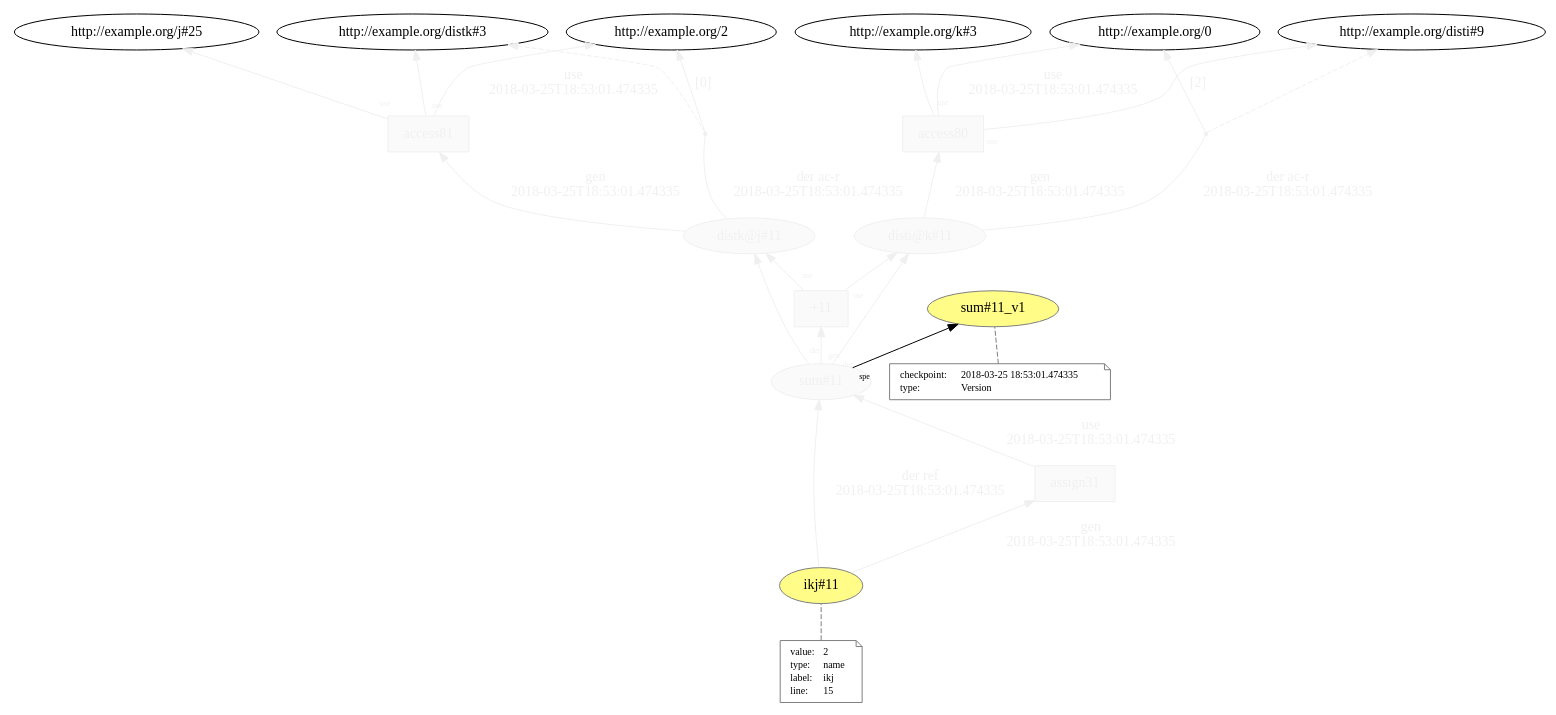
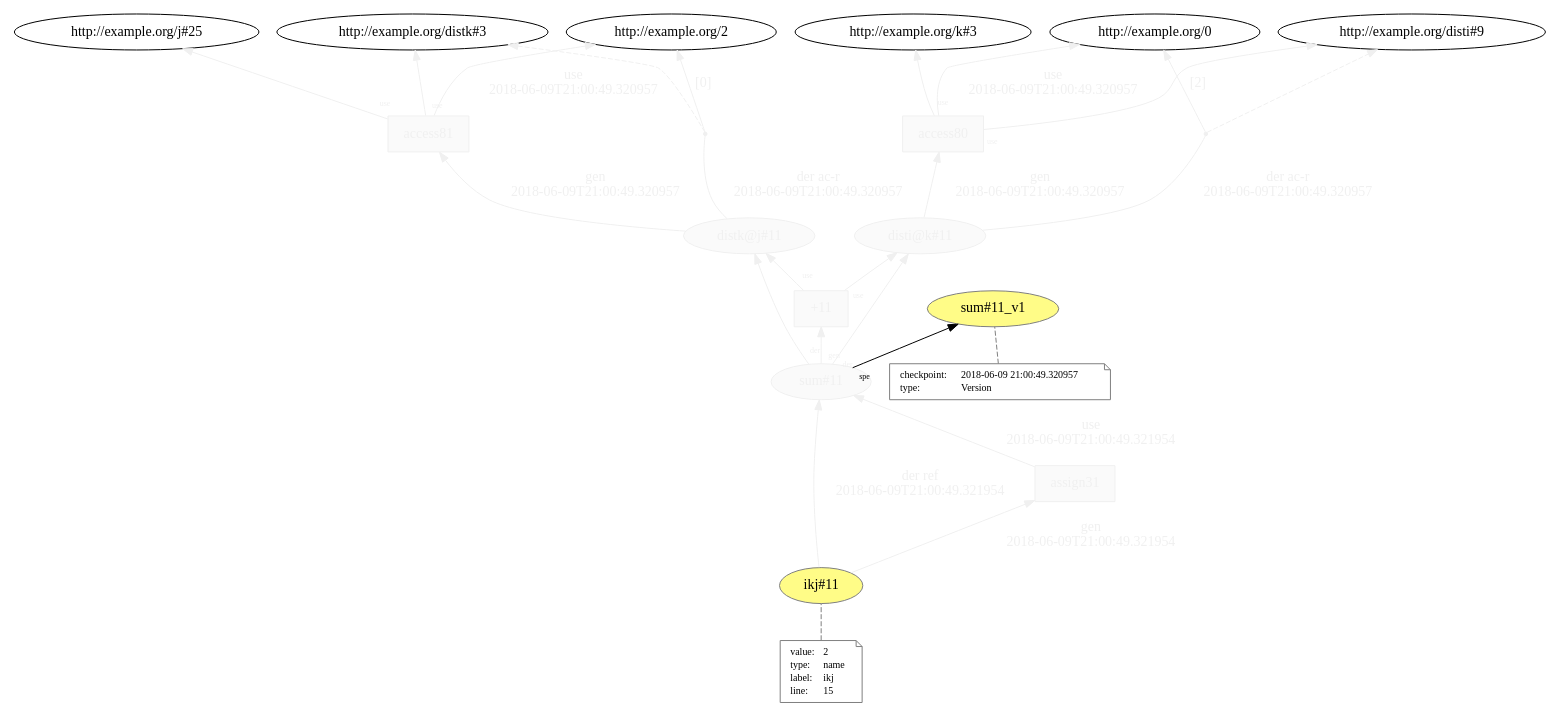
One commit to dew-uff/versioned-prov changed the diagram in generated/intertwined_prov/temp/L15__access__access__operation__assign_11.dot. Above: the diagram before and after it, drawn with Graphviz. The commit also changed 926 other files, not shown here.

```diff
--- a/generated/intertwined_prov/temp/L15__access__access__operation__assign_11.dot
+++ b/generated/intertwined_prov/temp/L15__access__access__operation__assign_11.dot
@@ -1,75 +1,75 @@
 digraph "PROV" { size="16,12"; rankdir="BT";
 "http://example.org/disti@k#11" [fillcolor="#FAFAFA",color="#F0F0F0",style="filled",fontcolor="#F0F0F0",label="disti@k#11",URL="http://example.org/disti@k#11"]
 "http://example.org/access80" [fillcolor="#FAFAFA",color="#F0F0F0",shape="polygon",sides="4",style="filled",fontcolor="#F0F0F0",label="access80",URL="http://example.org/access80"]
 "bn0" [shape="point",label="",fontcolor="#F0F0F0",color="#F0F0F0"]
 "http://example.org/disti@k#11" -> "bn0" [fontsize="14",distance="1.5",angle="60.0",rotation="20",label="der ac-r
-2018-03-25T18:53:01.474335",arrowhead="none",fontcolor="#F0F0F0",color="#F0F0F0"]
+2018-06-09T21:00:49.320957",arrowhead="none",fontcolor="#F0F0F0",color="#F0F0F0"]
 "bn0" -> "http://example.org/disti#9" [style="dashed",fontcolor="#F0F0F0",color="#F0F0F0"]
 "bn0" -> "http://example.org/0" [fontsize="14",distance="1.5",angle="60.0",rotation="20",label="[2]",fontcolor="#F0F0F0",color="#F0F0F0"]
 "http://example.org/access80" -> "http://example.org/disti#9" [labelfontsize="8",labeldistance="1.5",labelangle="60.0",rotation="20",taillabel="use",fontcolor="#F0F0F0",color="#F0F0F0"]
 "http://example.org/access80" -> "http://example.org/k#3" [labelfontsize="8",labeldistance="1.5",labelangle="60.0",rotation="20",taillabel="use",fontcolor="#F0F0F0",color="#F0F0F0"]
 "http://example.org/distk@j#11" [fillcolor="#FAFAFA",color="#F0F0F0",style="filled",fontcolor="#F0F0F0",label="distk@j#11",URL="http://example.org/distk@j#11"]
 "http://example.org/access81" [fillcolor="#FAFAFA",color="#F0F0F0",shape="polygon",sides="4",style="filled",fontcolor="#F0F0F0",label="access81",URL="http://example.org/access81"]
 "bn1" [shape="point",label="",fontcolor="#F0F0F0",color="#F0F0F0"]
 "http://example.org/distk@j#11" -> "bn1" [fontsize="14",distance="1.5",angle="60.0",rotation="20",label="der ac-r
-2018-03-25T18:53:01.474335",arrowhead="none",fontcolor="#F0F0F0",color="#F0F0F0"]
+2018-06-09T21:00:49.320957",arrowhead="none",fontcolor="#F0F0F0",color="#F0F0F0"]
 "bn1" -> "http://example.org/distk#3" [style="dashed",fontcolor="#F0F0F0",color="#F0F0F0"]
 "bn1" -> "http://example.org/2" [fontsize="14",distance="1.5",angle="60.0",rotation="20",label="[0]",fontcolor="#F0F0F0",color="#F0F0F0"]
 "http://example.org/access81" -> "http://example.org/distk#3" [labelfontsize="8",labeldistance="1.5",labelangle="60.0",rotation="20",taillabel="use",fontcolor="#F0F0F0",color="#F0F0F0"]
 "http://example.org/access81" -> "http://example.org/j#25" [labelfontsize="8",labeldistance="1.5",labelangle="60.0",rotation="20",taillabel="use",fontcolor="#F0F0F0",color="#F0F0F0"]
 "http://example.org/sum#11" [fillcolor="#FAFAFA",color="#F0F0F0",style="filled",fontcolor="#F0F0F0",label="sum#11",URL="http://example.org/sum#11"]
 "http://example.org/sum#11_v1" [fillcolor="#FFFC87",color="#808080",style="filled",label="sum#11_v1",URL="http://example.org/sum#11_v1"]
 "http://example.org/sum#11_v1-attrs" [color="gray",shape="note",fontsize="10",fontcolor="black",label=<<TABLE cellpadding="0" border="0">
 	<TR>
 	    <TD align="left">checkpoint:</TD>
-	    <TD align="left">2018-03-25 18:53:01.474335</TD>
+	    <TD align="left">2018-06-09 21:00:49.320957</TD>
 	</TR>
 	<TR>
 	    <TD align="left">type:</TD>
 	    <TD align="left">Version</TD>
 	</TR>
 </TABLE>>]
 "http://example.org/sum#11_v1-attrs" -> "http://example.org/sum#11_v1" [color="gray",style="dashed",arrowhead="none"]
 "http://example.org/sum#11" -> "http://example.org/sum#11_v1" [labelfontsize="8",labeldistance="1.5",labelangle="60.0",rotation="20",taillabel="spe"]
 "http://example.org/+11" [fillcolor="#FAFAFA",color="#F0F0F0",shape="polygon",sides="4",style="filled",fontcolor="#F0F0F0",label="+11",URL="http://example.org/+11"]
 "http://example.org/sum#11" -> "http://example.org/disti@k#11" [labelfontsize="8",labeldistance="1.5",labelangle="60.0",rotation="20",taillabel="der",fontcolor="#F0F0F0",color="#F0F0F0"]
 "http://example.org/sum#11" -> "http://example.org/distk@j#11" [labelfontsize="8",labeldistance="1.5",labelangle="60.0",rotation="20",taillabel="der",fontcolor="#F0F0F0",color="#F0F0F0"]
 "http://example.org/ikj#11" [fillcolor="#FFFC87",color="#808080",style="filled",label="ikj#11",URL="http://example.org/ikj#11"]
 "http://example.org/ikj#11-attrs" [color="gray",shape="note",fontsize="10",fontcolor="black",label=<<TABLE cellpadding="0" border="0">
 	<TR>
 	    <TD align="left">value:</TD>
 	    <TD align="left">2</TD>
 	</TR>
 	<TR>
 	    <TD align="left">type:</TD>
 	    <TD align="left">name</TD>
 	</TR>
 	<TR>
 	    <TD align="left">label:</TD>
 	    <TD align="left">ikj</TD>
 	</TR>
 	<TR>
 	    <TD align="left">line:</TD>
 	    <TD align="left">15</TD>
 	</TR>
 </TABLE>>]
 "http://example.org/ikj#11-attrs" -> "http://example.org/ikj#11" [color="gray",style="dashed",arrowhead="none"]
 "http://example.org/assign31" [fillcolor="#FAFAFA",color="#F0F0F0",shape="polygon",sides="4",style="filled",fontcolor="#F0F0F0",label="assign31",URL="http://example.org/assign31"]
 "http://example.org/ikj#11" -> "http://example.org/sum#11" [fontsize="14",distance="1.5",angle="60.0",rotation="20",label="der ref
-2018-03-25T18:53:01.474335",fontcolor="#F0F0F0",color="#F0F0F0"]
+2018-06-09T21:00:49.321954",fontcolor="#F0F0F0",color="#F0F0F0"]
+"http://example.org/access81" -> "http://example.org/2" [fontsize="14",distance="1.5",angle="60.0",rotation="20",label="use
+2018-06-09T21:00:49.320957",fontcolor="#F0F0F0",color="#F0F0F0"]
+"http://example.org/+11" -> "http://example.org/disti@k#11" [labelfontsize="8",labeldistance="1.5",labelangle="60.0",rotation="20",taillabel="use",fontcolor="#F0F0F0",color="#F0F0F0"]
 "http://example.org/assign31" -> "http://example.org/sum#11" [fontsize="14",distance="1.5",angle="60.0",rotation="20",label="use
-2018-03-25T18:53:01.474335",fontcolor="#F0F0F0",color="#F0F0F0"]
+2018-06-09T21:00:49.321954",fontcolor="#F0F0F0",color="#F0F0F0"]
 "http://example.org/+11" -> "http://example.org/distk@j#11" [labelfontsize="8",labeldistance="1.5",labelangle="60.0",rotation="20",taillabel="use",fontcolor="#F0F0F0",color="#F0F0F0"]
-"http://example.org/+11" -> "http://example.org/disti@k#11" [labelfontsize="8",labeldistance="1.5",labelangle="60.0",rotation="20",taillabel="use",fontcolor="#F0F0F0",color="#F0F0F0"]
 "http://example.org/access80" -> "http://example.org/0" [fontsize="14",distance="1.5",angle="60.0",rotation="20",label="use
-2018-03-25T18:53:01.474335",fontcolor="#F0F0F0",color="#F0F0F0"]
-"http://example.org/access81" -> "http://example.org/2" [fontsize="14",distance="1.5",angle="60.0",rotation="20",label="use
-2018-03-25T18:53:01.474335",fontcolor="#F0F0F0",color="#F0F0F0"]
+2018-06-09T21:00:49.320957",fontcolor="#F0F0F0",color="#F0F0F0"]
+"http://example.org/distk@j#11" -> "http://example.org/access81" [fontsize="14",distance="1.5",angle="60.0",rotation="20",label="gen
+2018-06-09T21:00:49.320957",fontcolor="#F0F0F0",color="#F0F0F0"]
 "http://example.org/ikj#11" -> "http://example.org/assign31" [fontsize="14",distance="1.5",angle="60.0",rotation="20",label="gen
-2018-03-25T18:53:01.474335",fontcolor="#F0F0F0",color="#F0F0F0"]
+2018-06-09T21:00:49.321954",fontcolor="#F0F0F0",color="#F0F0F0"]
+"http://example.org/disti@k#11" -> "http://example.org/access80" [fontsize="14",distance="1.5",angle="60.0",rotation="20",label="gen
+2018-06-09T21:00:49.320957",fontcolor="#F0F0F0",color="#F0F0F0"]
 "http://example.org/sum#11" -> "http://example.org/+11" [labelfontsize="8",labeldistance="1.5",labelangle="60.0",rotation="20",taillabel="gen",fontcolor="#F0F0F0",color="#F0F0F0"]
-"http://example.org/distk@j#11" -> "http://example.org/access81" [fontsize="14",distance="1.5",angle="60.0",rotation="20",label="gen
-2018-03-25T18:53:01.474335",fontcolor="#F0F0F0",color="#F0F0F0"]
-"http://example.org/disti@k#11" -> "http://example.org/access80" [fontsize="14",distance="1.5",angle="60.0",rotation="20",label="gen
-2018-03-25T18:53:01.474335",fontcolor="#F0F0F0",color="#F0F0F0"]
 }
```
